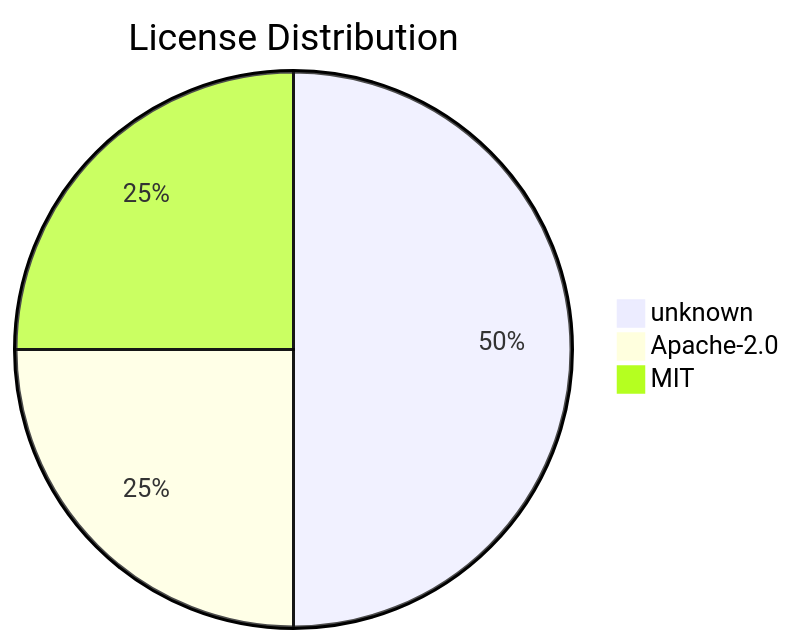
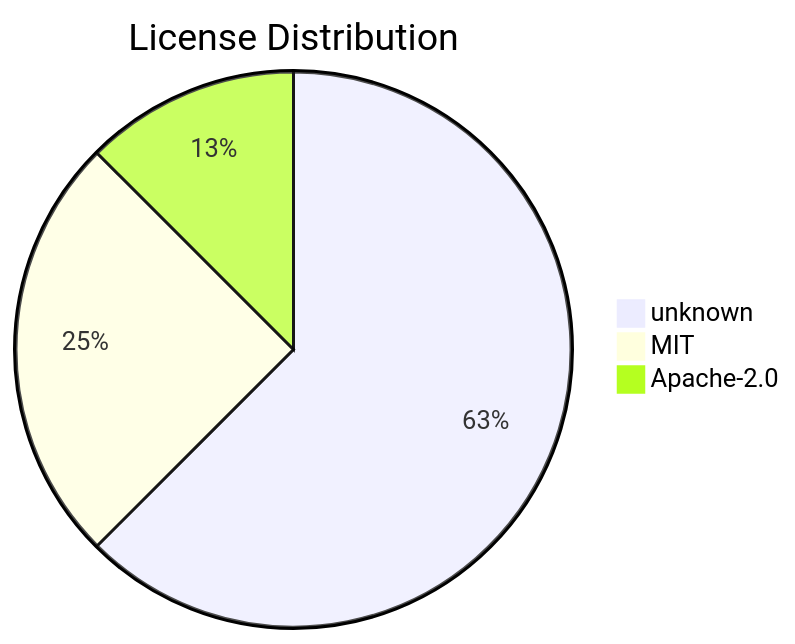
Before and after one commit to svenroth-ai/shipwright: the diagram in .shipwright/compliance/sbom.md, drawn with Mermaid. The commit also changed other lines of this file and 18 other files, not shown here.

````diff
--- a/.shipwright/compliance/sbom.md
+++ b/.shipwright/compliance/sbom.md
@@ -17,6 +17,6 @@
 ```mermaid
 pie title License Distribution
-    "unknown" : 4
-    "Apache-2.0" : 2
+    "unknown" : 5
     "MIT" : 2
+    "Apache-2.0" : 1
 ```
````
